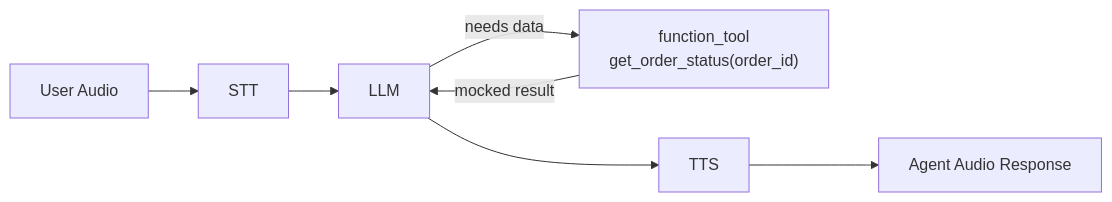
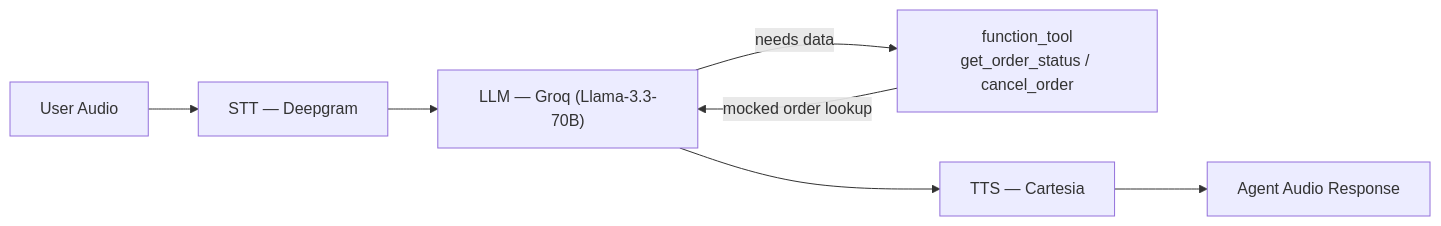
One commit to rananasser760/Electro_PI_Technical_Test changed the first of 3 diagrams in README.md. Above: the diagram before and after it, drawn with Mermaid. The commit also changed other lines of this file, not shown here.

````diff
--- a/README.md
+++ b/README.md
@@ -118,9 +148,9 @@
 ```mermaid
 flowchart LR
-    A[User Audio] --> B[STT]
-    B --> C[LLM]
-    C -->|needs data| D["function_tool\nget_order_status(order_id)"]
-    D -->|mocked result| C
-    C --> E[TTS]
+    A[User Audio] --> B["STT — Deepgram"]
+    B --> C["LLM — Groq (Llama-3.3-70B)"]
+    C -->|needs data| D["function_tool\nget_order_status / cancel_order"]
+    D -->|mocked order lookup| C
+    C --> E["TTS — Cartesia"]
     E --> F[Agent Audio Response]
 ```
````
